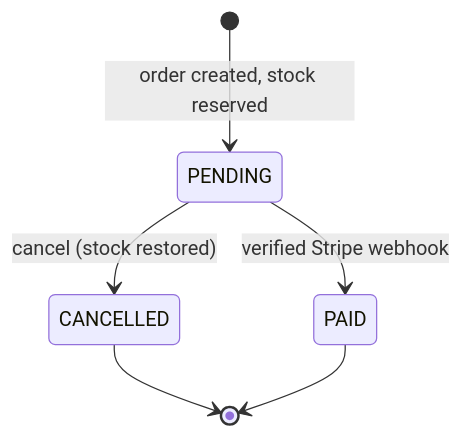
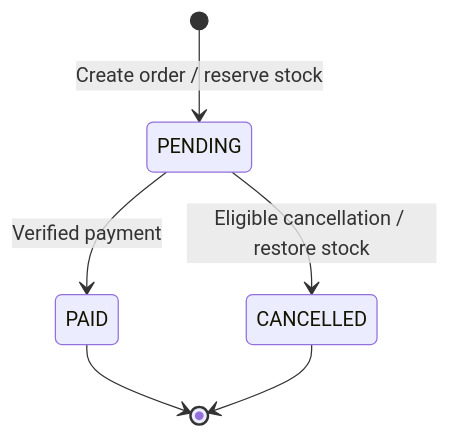
Before and after one commit to stakich/django-order-management-api: the second of 2 diagrams in README.md, drawn with Mermaid. The commit also changed other lines of this file and 11 other files, not shown here.

````diff
--- a/README.md
+++ b/README.md
@@ -103,8 +53,8 @@
 ```mermaid
 stateDiagram-v2
-    [*] --> PENDING: order created, stock reserved
-    PENDING --> CANCELLED: cancel (stock restored)
-    PENDING --> PAID: verified Stripe webhook
+    [*] --> PENDING: Create order / reserve stock
+    PENDING --> PAID: Verified payment
+    PENDING --> CANCELLED: Eligible cancellation / restore stock
+    PAID --> [*]
     CANCELLED --> [*]
-    PAID --> [*]
 ```
````
